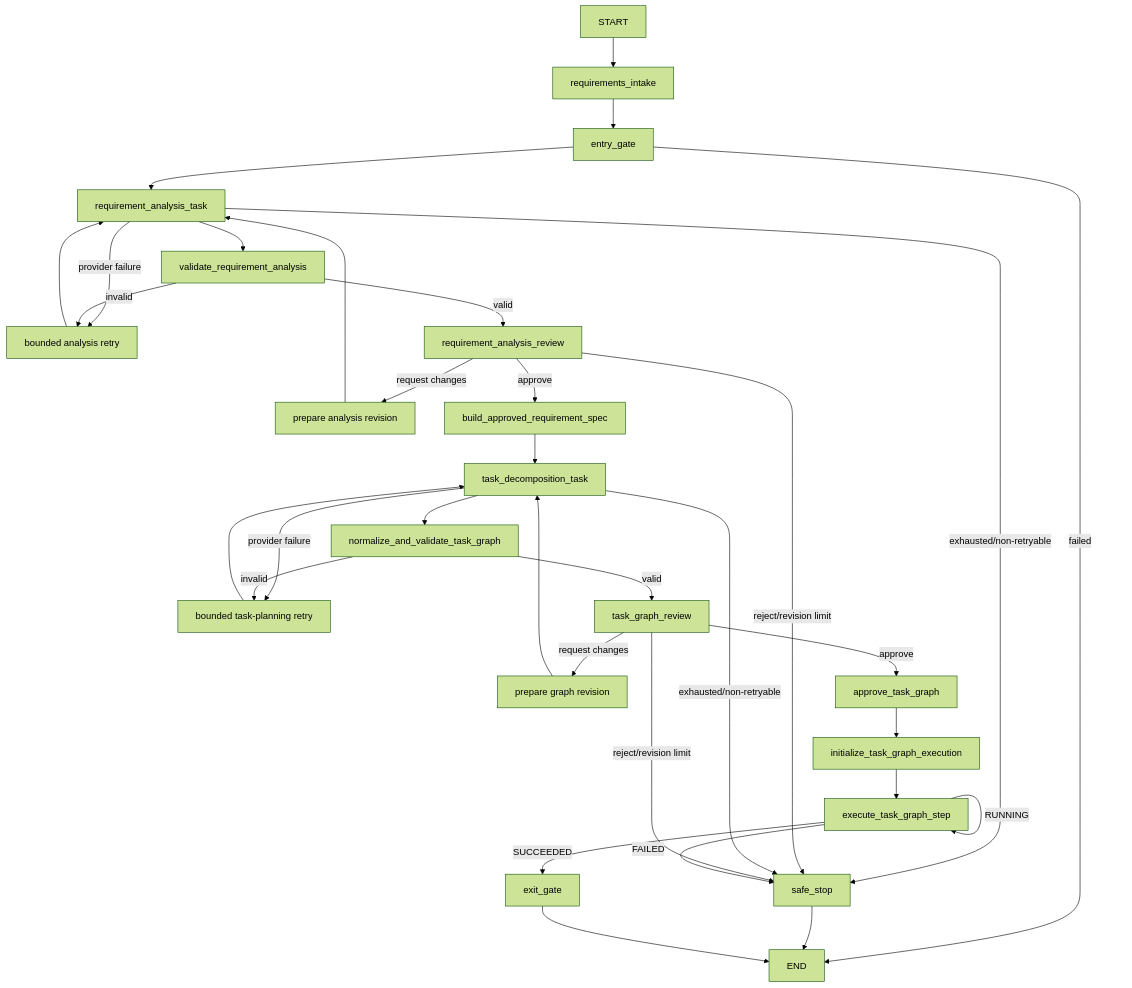
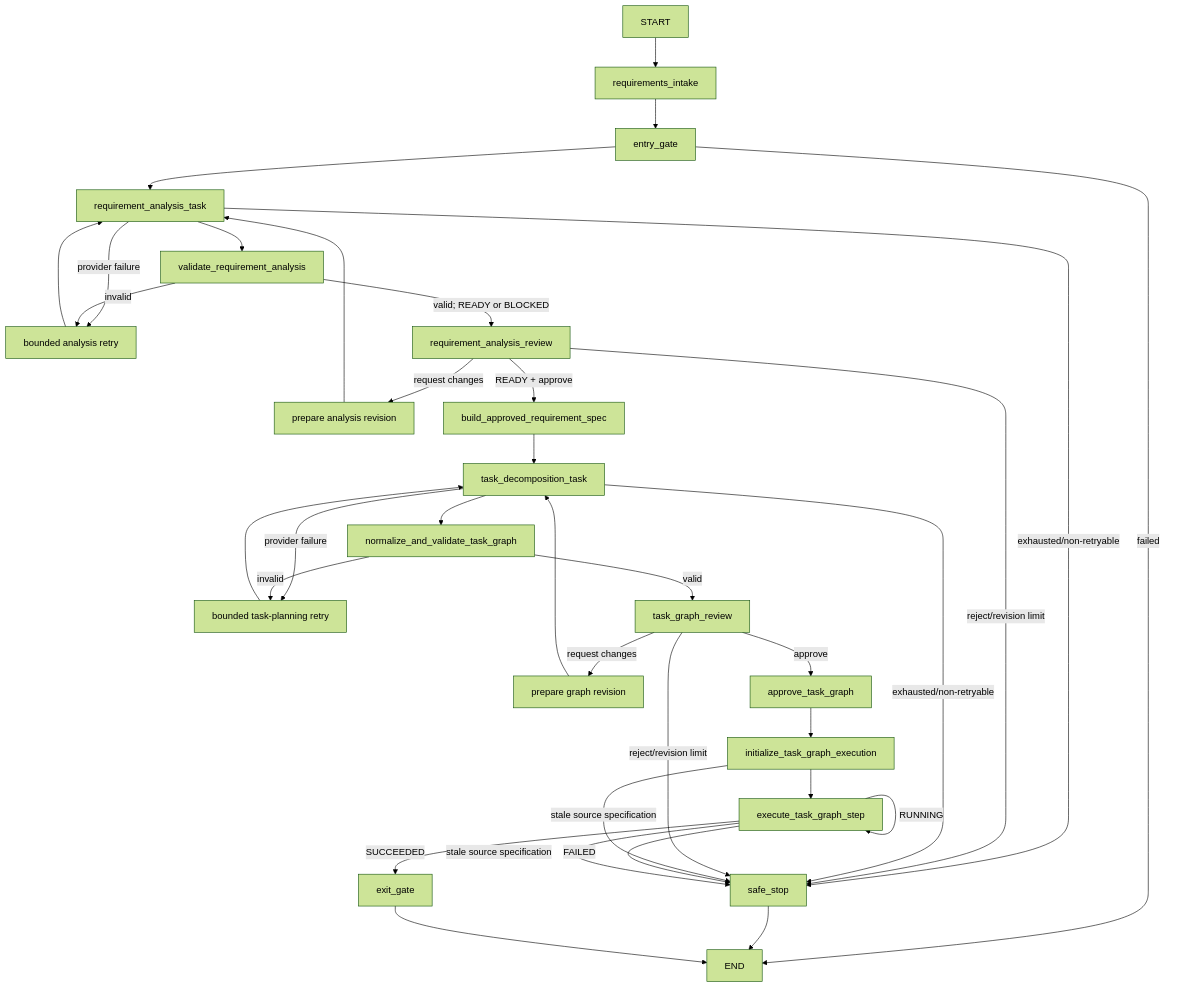
Before and after one commit to anthonbr/agentic-sdlc-orchestrator: the diagram in README.md, drawn with Mermaid (forest theme). The commit also changed other lines of this file and 16 other files, not shown here.

Commit message:
feat: add governed ambiguity readiness and stale graph protection

````diff
--- a/README.md
+++ b/README.md
@@ -41,35 +44,37 @@
 ```mermaid
 flowchart TD
     START --> intake[requirements_intake]
     intake --> entry[entry_gate]
     entry -->|failed| END
     entry --> analyst[requirement_analysis_task]
     analyst --> validateAnalysis[validate_requirement_analysis]
     analyst -->|provider failure| analysisRetry[bounded analysis retry]
     validateAnalysis -->|invalid| analysisRetry
     analysisRetry --> analyst
     analyst -->|exhausted/non-retryable| safe[safe_stop]
-    validateAnalysis -->|valid| requirementReview[requirement_analysis_review]
+    validateAnalysis -->|valid; READY or BLOCKED| requirementReview[requirement_analysis_review]
     requirementReview -->|request changes| analysisRevision[prepare analysis revision]
     analysisRevision --> analyst
     requirementReview -->|reject/revision limit| safe
-    requirementReview -->|approve| spec[build_approved_requirement_spec]
+    requirementReview -->|READY + approve| spec[build_approved_requirement_spec]
     spec --> planner[task_decomposition_task]
     planner --> validateGraph[normalize_and_validate_task_graph]
     planner -->|provider failure| graphRetry[bounded task-planning retry]
     validateGraph -->|invalid| graphRetry
     graphRetry --> planner
     planner -->|exhausted/non-retryable| safe
     validateGraph -->|valid| graphReview[task_graph_review]
     graphReview -->|request changes| graphRevision[prepare graph revision]
     graphRevision --> planner
     graphReview -->|reject/revision limit| safe
     graphReview -->|approve| approved[approve_task_graph]
     approved --> initExecution[initialize_task_graph_execution]
+    initExecution -->|stale source specification| safe
     initExecution --> execute[execute_task_graph_step]
     execute -->|RUNNING| execute
     execute -->|SUCCEEDED| exit[exit_gate]
     execute -->|FAILED| safe
+    execute -->|stale source specification| safe
     safe --> END
     exit --> END
 ```
````
